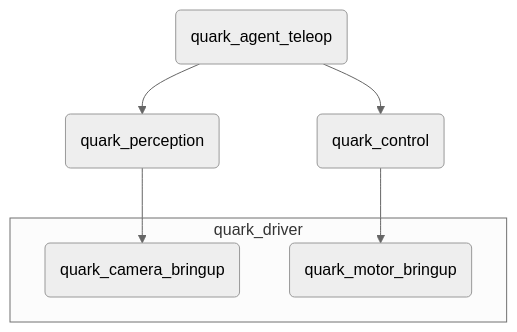
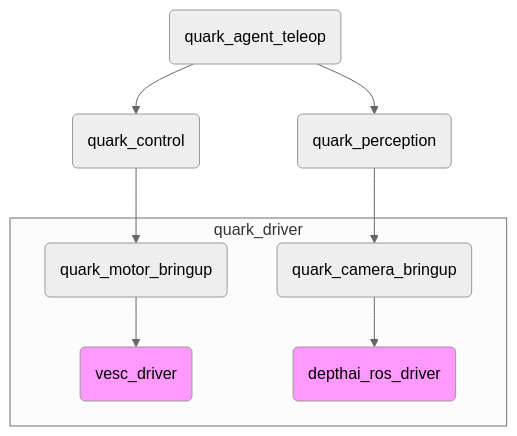
Before and after one commit to FelipeGdM/quark: the diagram in code/README.md, drawn with Mermaid (neutral theme).

````diff
--- a/code/README.md
+++ b/code/README.md
@@ -3,11 +3,17 @@
 ```mermaid
 flowchart TD
     agent_teleop(quark_agent_teleop) --> perception(quark_perception)
     agent_teleop --> control(quark_control)
     perception --> camera(quark_camera_bringup)
     control --> motor(quark_motor_bringup)
     subgraph quark_driver
         motor(quark_motor_bringup)
         camera(quark_camera_bringup)
+        motor --> vesc(vesc_driver)
+        camera --> depth_ai(depthai_ros_driver)
     end
+
+    classDef extDep fill:#f9f;
+
+    class vesc,depth_ai extDep;
 ```
````
